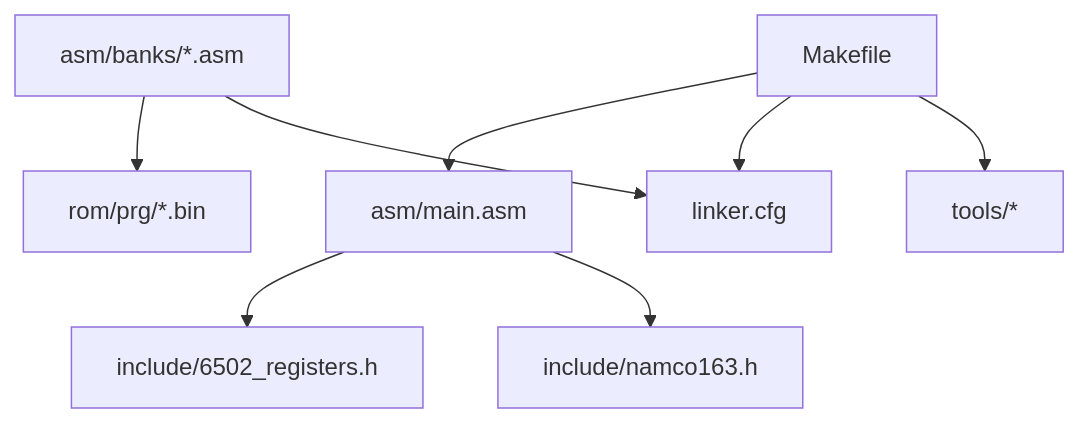
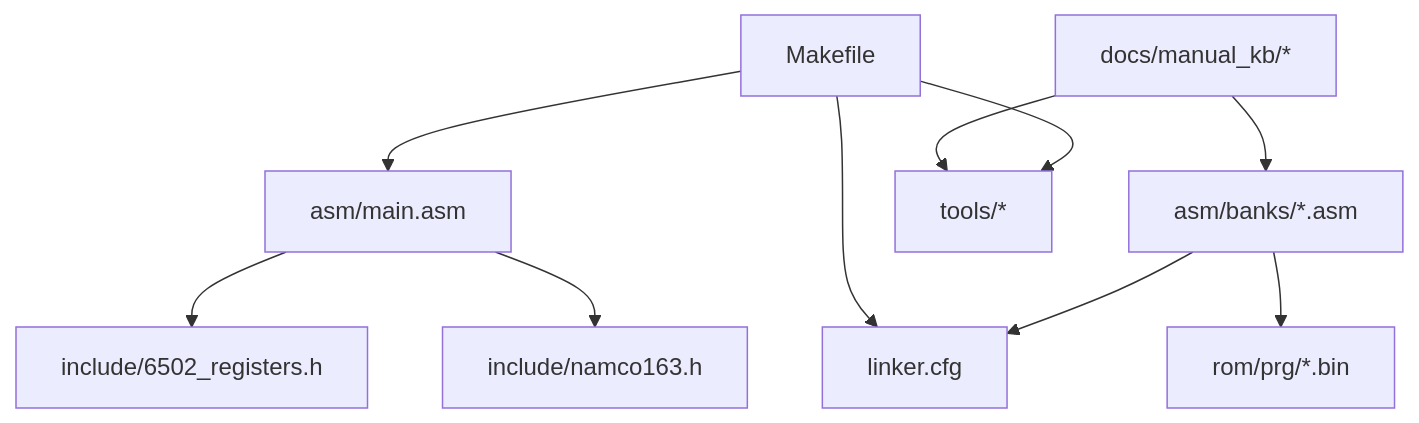
One commit to rabbyzero/sango2dasm changed the tenth of 10 diagrams in .qoder/repowiki/en/content/Project Overview/Project Overview.md. Above: the diagram before and after it, drawn with Mermaid. The commit also changed other lines of this file and 117 other files, not shown here.

````diff
--- a/.qoder/repowiki/en/content/Project Overview/Project Overview.md
+++ b/.qoder/repowiki/en/content/Project Overview/Project Overview.md
@@ -363,18 +428,21 @@
 ```mermaid
 graph TB
 MAIN["asm/main.asm"]
 REG["include/6502_registers.h"]
 MAP["include/namco163.h"]
 LCFG["linker.cfg"]
 STUBS["asm/banks/*.asm"]
 ROM["rom/prg/*.bin"]
 MK["Makefile"]
 TOOLS["tools/*"]
+KB["docs/manual_kb/*"]
 MAIN --> REG
 MAIN --> MAP
 STUBS --> ROM
 STUBS --> LCFG
 MK --> MAIN
 MK --> LCFG
 MK --> TOOLS
+KB --> STUBS
+KB --> TOOLS
 ```
````
